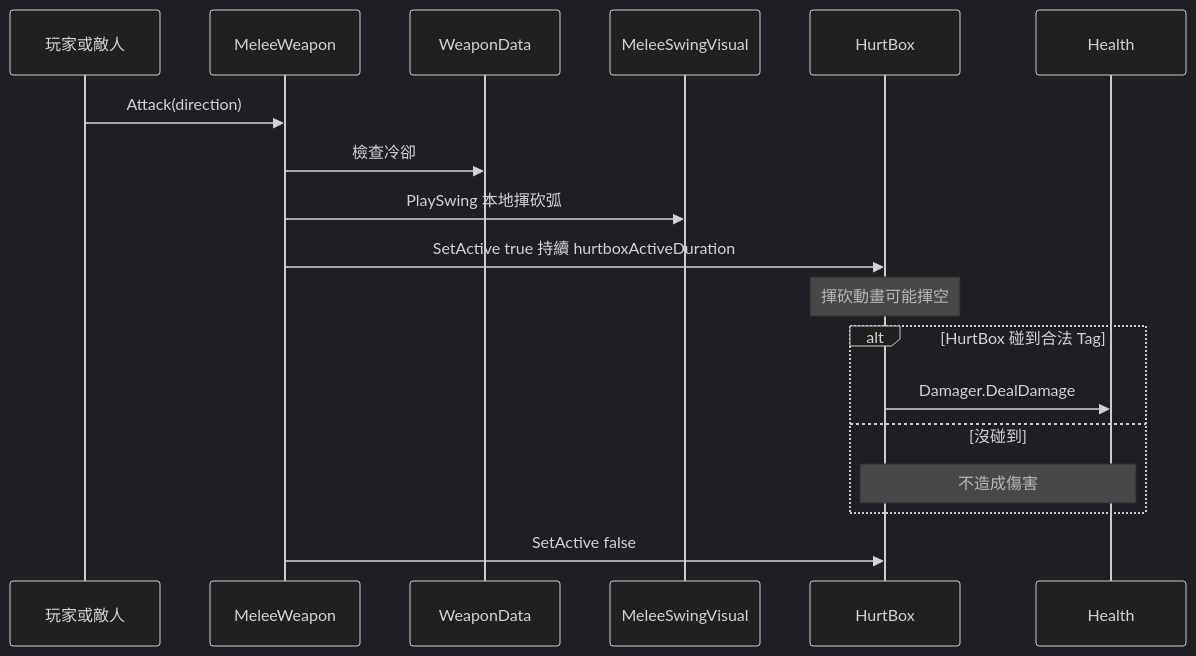
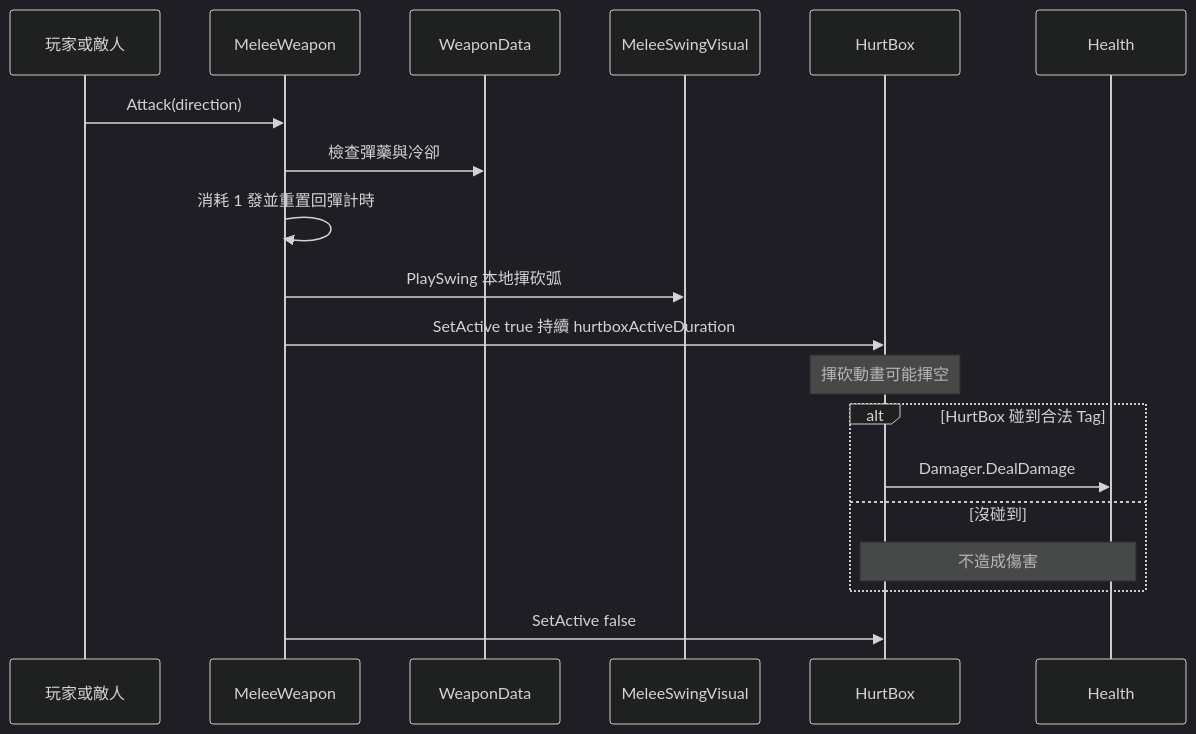
The fourth of 8 diagrams in Assets/Docs/LAB_zh-TW.md (Oaktheplayer/115A_NTHUGDC_OOPIntro), drawn with Mermaid (dark theme) before and after one commit. The commit also changed other lines of this file and 8 other files, not shown here.

````diff
--- a/Assets/Docs/LAB_zh-TW.md
+++ b/Assets/Docs/LAB_zh-TW.md
@@ -182,21 +183,22 @@
 ```mermaid
 sequenceDiagram
   participant Caller as 玩家或敵人
   participant W as MeleeWeapon
   participant WD as WeaponData
   participant Visual as MeleeSwingVisual
   participant HB as HurtBox
   participant HP as Health
 
   Caller->>W: Attack(direction)
-  W->>WD: 檢查冷卻
+  W->>WD: 檢查彈藥與冷卻
+  W->>W: 消耗 1 發並重置回彈計時
   W->>Visual: PlaySwing 本地揮砍弧
   W->>HB: SetActive true 持續 hurtboxActiveDuration
   Note over HB: 揮砍動畫可能揮空
   alt HurtBox 碰到合法 Tag
     HB->>HP: Damager.DealDamage
   else 沒碰到
     Note over HB,HP: 不造成傷害
   end
   W->>HB: SetActive false
 ```
````
